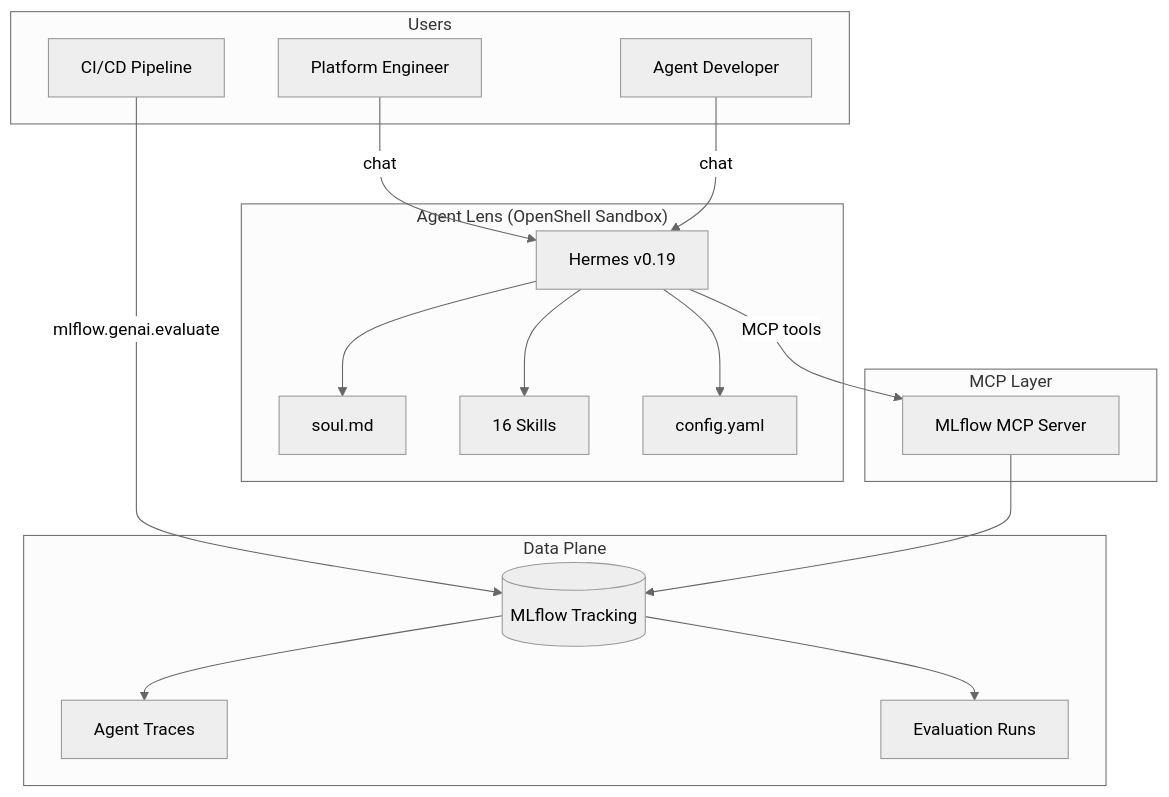
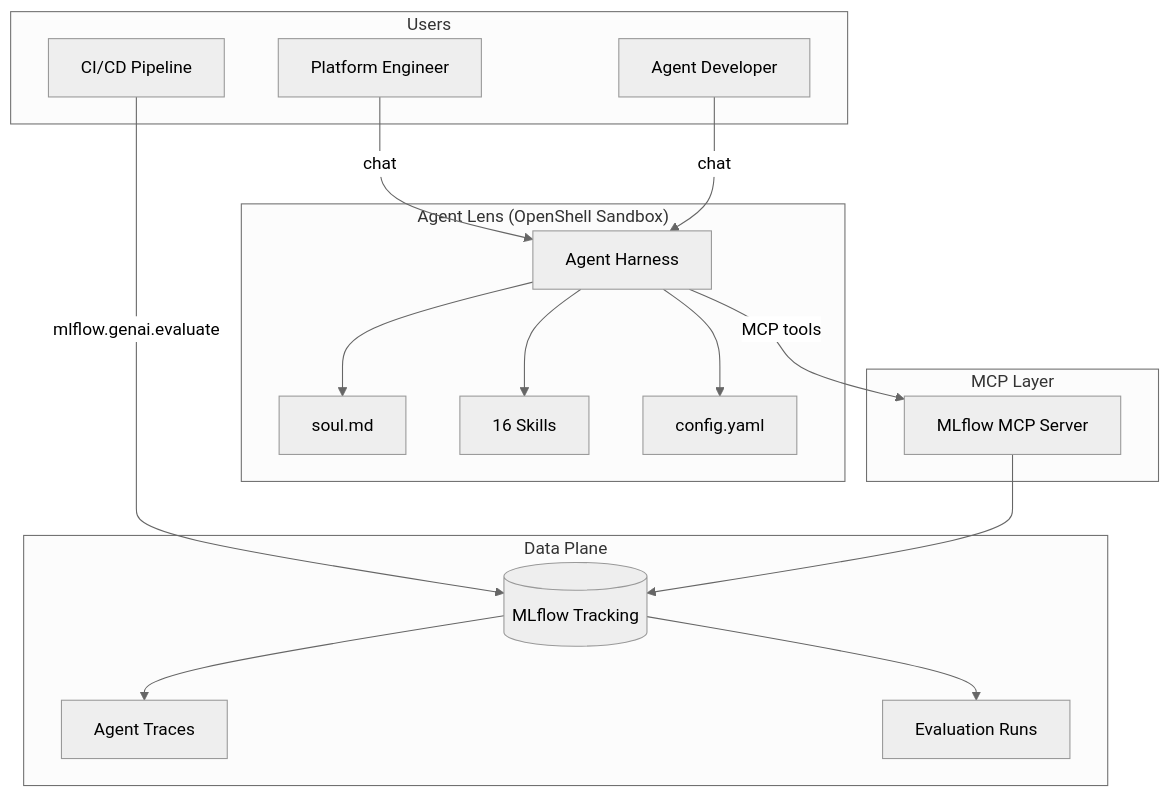
Before and after one commit to rrbanda/agent-lens: the first of 2 diagrams in docs-site/docs/architecture.md, drawn with Mermaid. The commit also changed other lines of this file and 10 other files, not shown here.

First line of the commit message:
docs: make Agent Lens framework-agnostic, Hermes as reference runtime

````diff
--- a/docs-site/docs/architecture.md
+++ b/docs-site/docs/architecture.md
@@ -10,39 +10,39 @@
 ```mermaid
 %%{init: {'theme': 'neutral'}}%%
 graph TB
     subgraph Users
         PE[Platform Engineer]
         DEV[Agent Developer]
         CICD[CI/CD Pipeline]
     end
     
     subgraph AgentLens["Agent Lens (OpenShell Sandbox)"]
-        Hermes[Hermes v0.19]
+        Harness[Agent Harness]
         Soul[soul.md]
         Skills[16 Skills]
         Config[config.yaml]
     end
     
     subgraph MCP["MCP Layer"]
         MLflowMCP[MLflow MCP Server]
     end
     
     subgraph Data["Data Plane"]
         MLflow[(MLflow Tracking)]
         Traces[Agent Traces]
         Evals[Evaluation Runs]
     end
     
-    PE -->|chat| Hermes
-    DEV -->|chat| Hermes
+    PE -->|chat| Harness
+    DEV -->|chat| Harness
     CICD -->|mlflow.genai.evaluate| MLflow
     
-    Hermes --> Soul
-    Hermes --> Skills
-    Hermes --> Config
-    Hermes -->|MCP tools| MLflowMCP
+    Harness --> Soul
+    Harness --> Skills
+    Harness --> Config
+    Harness -->|MCP tools| MLflowMCP
     
     MLflowMCP --> MLflow
     MLflow --> Traces
     MLflow --> Evals
 ```
````
